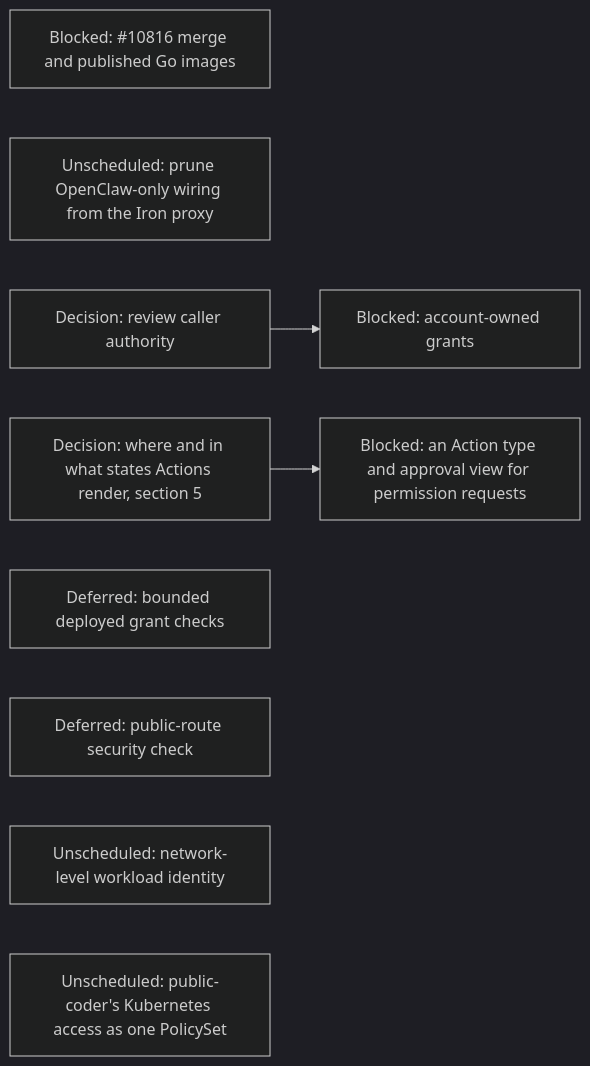
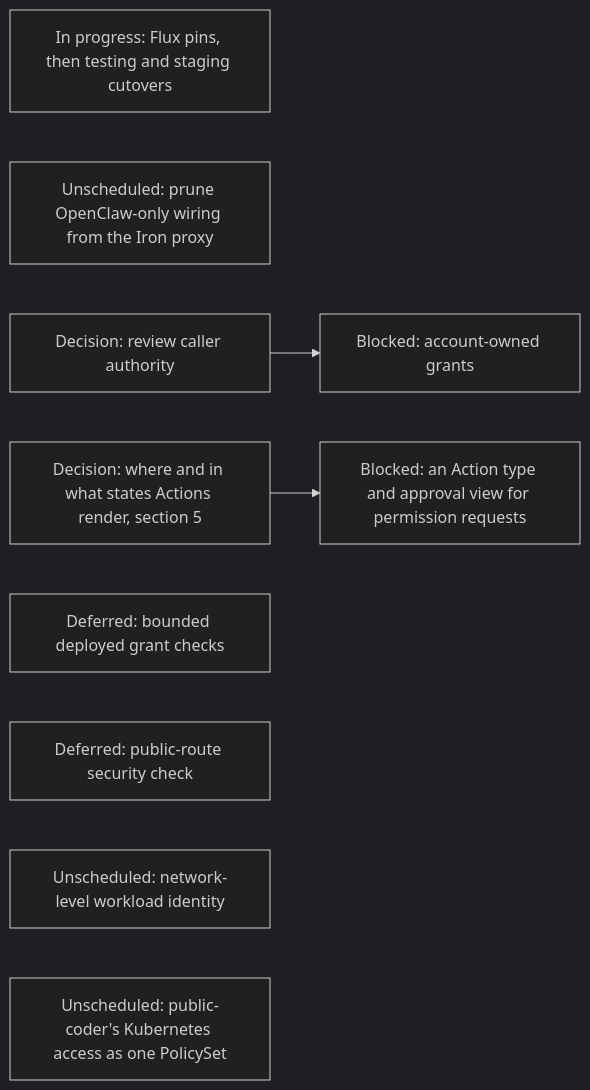
The ninth of 16 diagrams in agentplane/plans/task_dag.md (agentydragon-agent/ducktape), drawn with Mermaid (dark theme) before and after one commit. The commit also changed other lines of this file and 13 other files, not shown here.

````diff
--- a/agentplane/plans/task_dag.md
+++ b/agentplane/plans/task_dag.md
@@ -1117,13 +1116,13 @@
 ```mermaid
 flowchart LR
-    EGRESS_GO_CUTOVER[Blocked: #10816 merge and published Go images]
+    EGRESS_GO_CUTOVER[In progress: Flux pins, then testing and staging cutovers]
     PC_EGRESS[Unscheduled: prune OpenClaw-only wiring from the Iron proxy]
     CLAUDE_AI_SA[Decision: review caller authority] --> MANAGED_SA_RBAC[Blocked: account-owned grants]
     AGENT_PERMISSION_REQUESTS[Blocked: an Action type and approval view for permission requests]
     ACTION_SURFACES_DESIGN[Decision: where and in what states Actions render, section 5]
     ACTION_SURFACES_DESIGN --> AGENT_PERMISSION_REQUESTS
     SANDBOX_RBAC[Deferred: bounded deployed grant checks]
     NOTIFICATION_INGRESS_BOUNDARY[Deferred: public-route security check]
     NETWORK_WORKLOAD_IDENTITY[Unscheduled: network-level workload identity]
     PC_KUBERNETES_POLICY_SET[Unscheduled: public-coder's Kubernetes access as one PolicySet]
 ```
````
